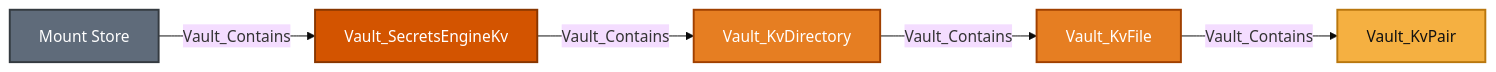
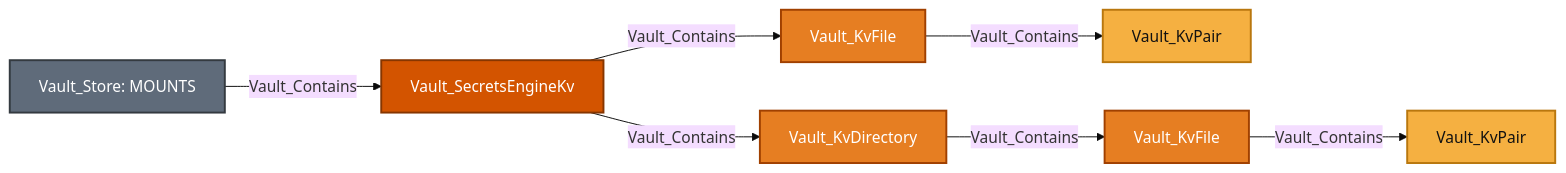
Diagram 14 of 29 in Documentation/stores/MOUNTS.md (bytewreck/opengraph-vault), drawn with Mermaid (base theme) before and after one commit. The commit also changed other lines of this file and 13 other files, not shown here.

````diff
--- a/Documentation/stores/MOUNTS.md
+++ b/Documentation/stores/MOUNTS.md
@@ -660,12 +700,14 @@
 ```mermaid
 flowchart LR
-    store[Mount Store]:::storeNode -->|Vault_Contains| mount[Vault_SecretsEngineKv]:::mountNode
-    mount -->|Vault_Contains| directory[Vault_KvDirectory]:::kvObjectNode
-    directory -->|Vault_Contains| file[Vault_KvFile]:::kvObjectNode
-    file -->|Vault_Contains| pair[Vault_KvPair]:::kvPairNode
+    store[Vault_Store: MOUNTS]:::storeNode -->|Vault_Contains| mount[Vault_SecretsEngineKv]:::mountNode
+    mount -->|Vault_Contains| D1[Vault_KvDirectory]:::kvObjectNode
+    mount -->|Vault_Contains| F1[Vault_KvFile]:::kvObjectNode
+    F1 -->|Vault_Contains| P1[Vault_KvPair]:::kvPairNode
+    D1 -->|Vault_Contains| F2[Vault_KvFile]:::kvObjectNode
+    F2 -->|Vault_Contains| P2[Vault_KvPair]:::kvPairNode
 
     classDef storeNode fill:#5F6B7A,color:#fff,stroke:#343A40,stroke-width:2px
     classDef mountNode fill:#D35400,color:#fff,stroke:#873600,stroke-width:2px
     classDef kvObjectNode fill:#E67E22,color:#fff,stroke:#A04000,stroke-width:2px
     classDef kvPairNode fill:#F5B041,color:#111,stroke:#B9770E,stroke-width:2px
 ```
````
